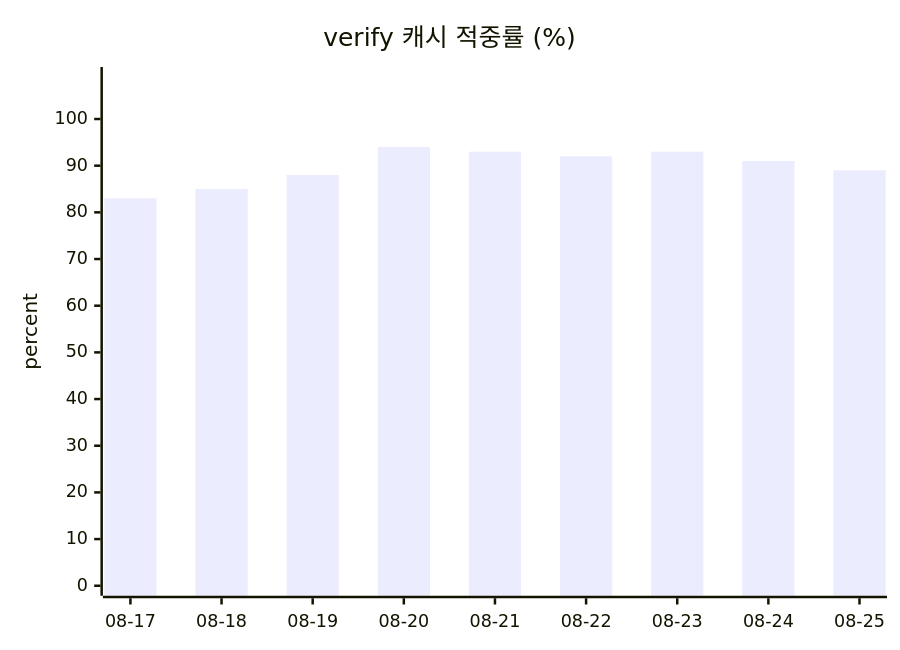
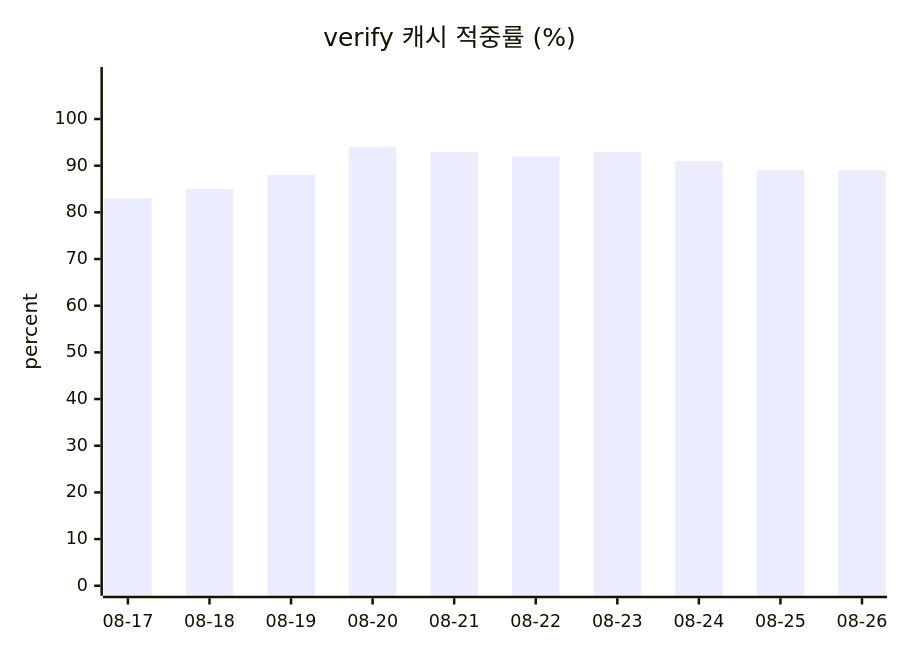
The second of 2 diagrams in docs/data/token-usage.md (userri/PinQ-backend), drawn with Mermaid before and after one commit. The commit also changed other lines of this file and 4 other files, not shown here.

````diff
--- a/docs/data/token-usage.md
+++ b/docs/data/token-usage.md
@@ -73,7 +76,7 @@
 ```mermaid
 xychart-beta
     title "verify 캐시 적중률 (%)"
-    x-axis ["08-17", "08-18", "08-19", "08-20", "08-21", "08-22", "08-23", "08-24", "08-25"]
+    x-axis ["08-17", "08-18", "08-19", "08-20", "08-21", "08-22", "08-23", "08-24", "08-25", "08-26"]
     y-axis "percent" 0 --> 109
-    bar [83, 85, 88, 94, 93, 92, 93, 91, 89]
+    bar [83, 85, 88, 94, 93, 92, 93, 91, 89, 89]
 ```
````
